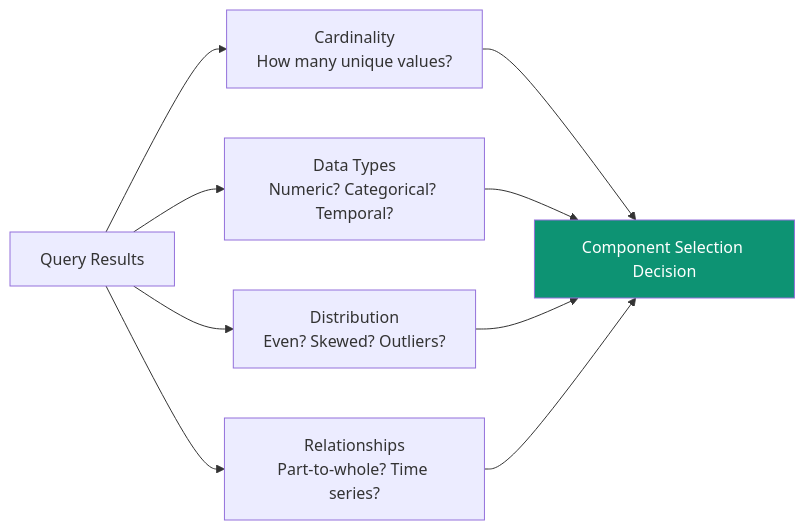
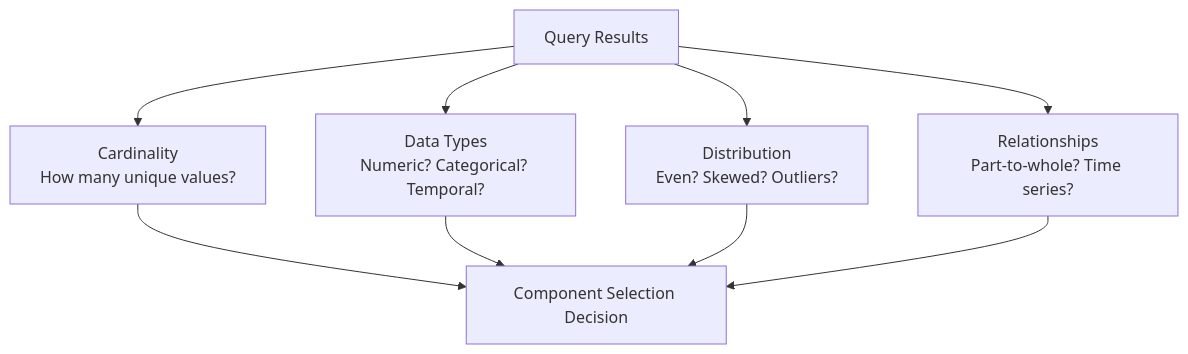
The second of 4 diagrams in ip/generative-ui.mdx (ashishsuperatom/tech-docs), drawn with Mermaid before and after one commit. The commit also changed other lines of this file and 37 other files, not shown here.

First line of the commit message:
Clean up docs: remove em-dashes, fix mermaid diagrams, remove emojis

````diff
--- a/ip/generative-ui.mdx
+++ b/ip/generative-ui.mdx
@@ -77,11 +75,10 @@
 ```mermaid
-flowchart LR
+flowchart TD
     DATA["Query Results"] --> A1["Cardinality<br>How many unique values?"]
     DATA --> A2["Data Types<br>Numeric? Categorical? Temporal?"]
     DATA --> A3["Distribution<br>Even? Skewed? Outliers?"]
     DATA --> A4["Relationships<br>Part-to-whole? Time series?"]
 
     A1 & A2 & A3 & A4 --> DECISION["Component Selection Decision"]
 
-    style DECISION fill:#0D9373,color:#fff
 ```
````
